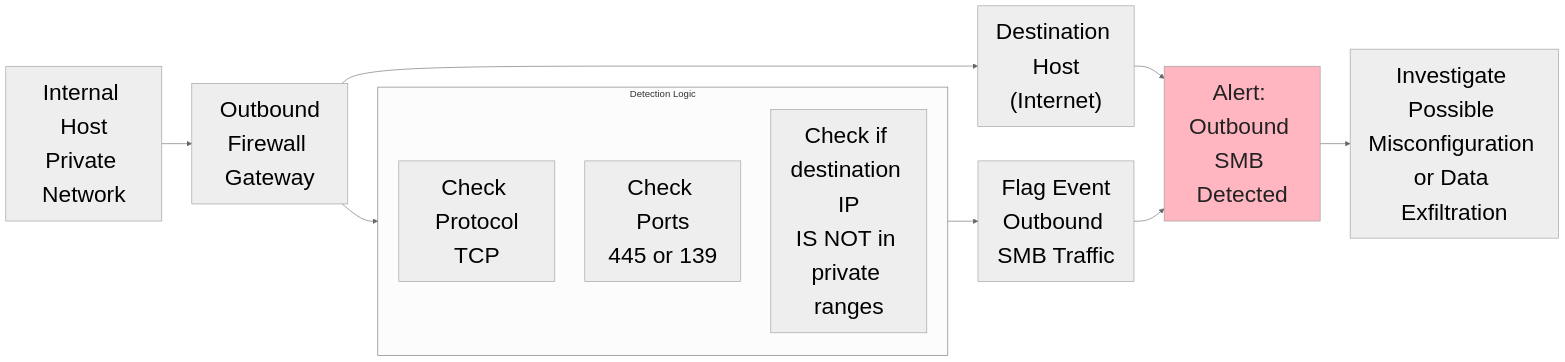
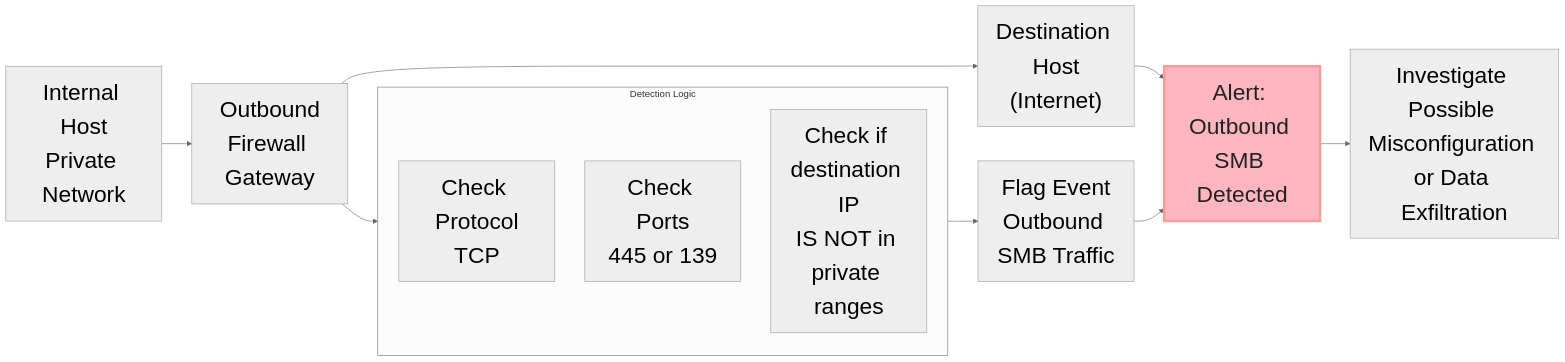
One commit to gcastill0/project-07-SIEM-Detections changed the diagram in Cisco-Meraki-MX-Firewall.md. Above: the diagram before and after it, drawn with Mermaid (neutral theme).

Commit message:
Adding new sources

````diff
--- a/Cisco-Meraki-MX-Firewall.md
+++ b/Cisco-Meraki-MX-Firewall.md
@@ -15,28 +15,28 @@
 ```mermaid
 flowchart LR
  subgraph SB["Detection Logic"]
         D["Check Protocol<br>TCP"]
         E["Check Ports<br>445 or 139"]
         F["Check if destination IP<br>IS NOT in private ranges"]
   end
     A["Internal Host<br>Private Network"]
     B["Outbound<br>Firewall Gateway"]
     C["Destination Host<br>(Internet)"]
     A --> B
     B --> C
     C --> H
     B --> SB
     SB --> G["Flag Event<br>Outbound SMB Traffic"]
     G --> H["Alert: Outbound SMB Detected"]
     H --> I["Investigate Possible Misconfiguration or Data Exfiltration"]
 
     style A font-size:2.4ch;
     style B font-size:2.4ch;
     style C font-size:2.4ch;
     style D font-size:2.4ch;
     style E font-size:2.4ch;
     style F font-size:2.4ch;
     style G font-size:2.4ch;
-    style H color:#222,fill:lightpink,font-size:2.4ch;
+    style H font-size:2.4ch, stroke:#FF9A9A, stroke-width:4px, color:#222222, fill:lightpink;
     style I font-size:2.4ch;
 ```
````
